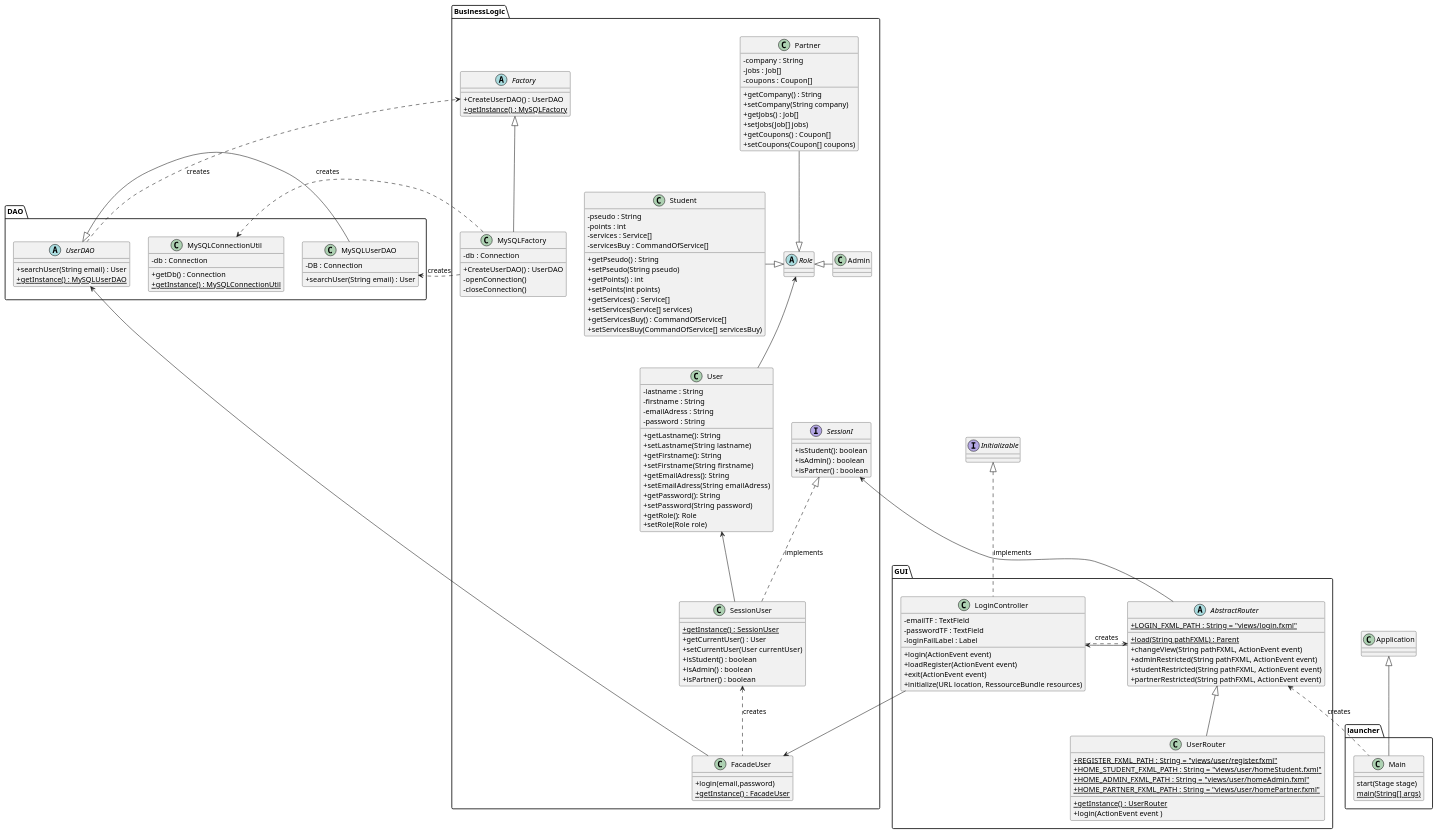
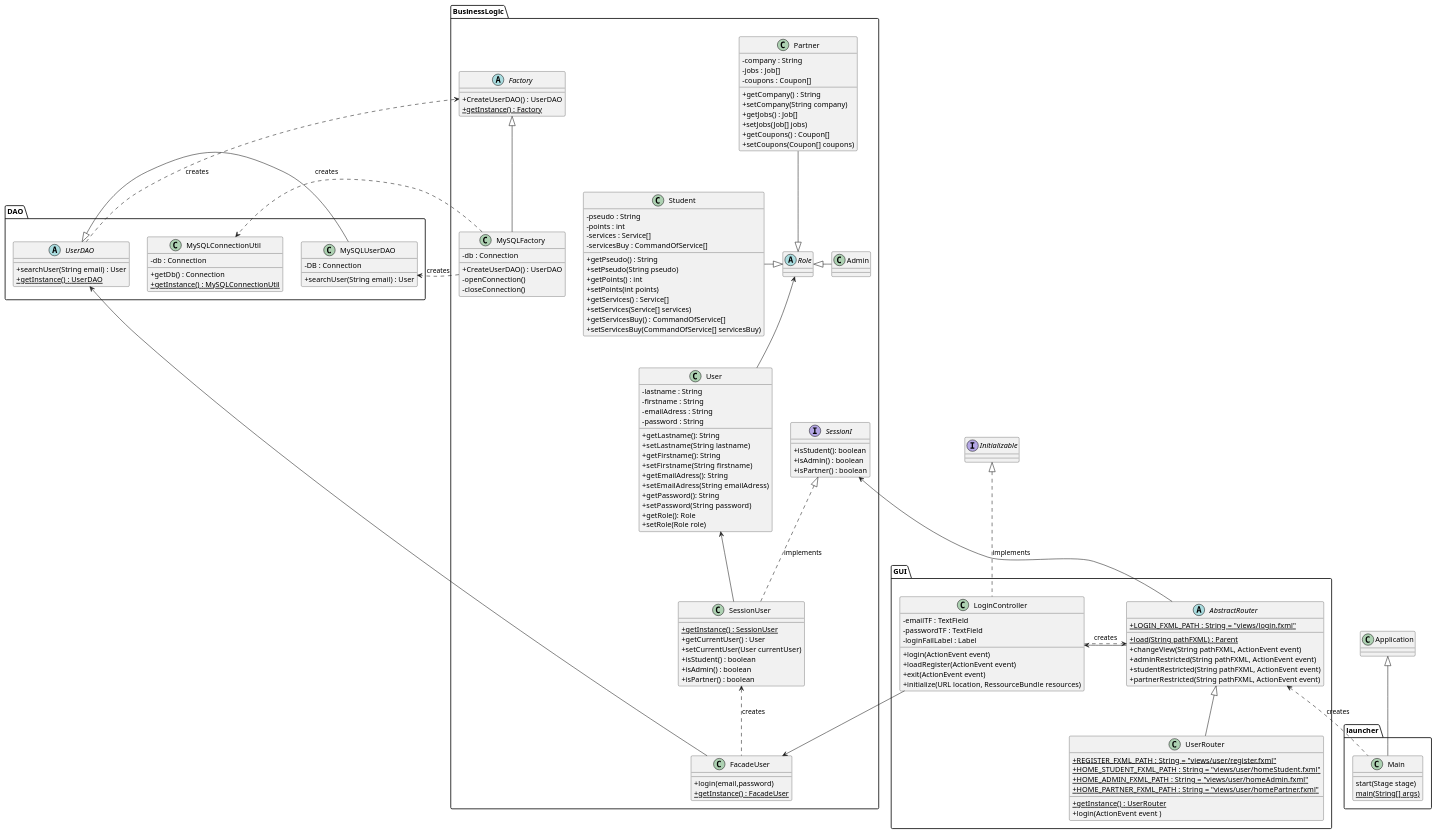
Before and after one commit to guiguie34/StudEasy: the diagram in project_diagrams/classDiagrams/login.puml, drawn with PlantUML. The commit also changed 10 other files, not shown here.

Commit message:
Final fix : class diagrams

```diff
--- a/project_diagrams/classDiagrams/login.puml
+++ b/project_diagrams/classDiagrams/login.puml
@@ -1,173 +1,173 @@
 @startuml
 skinparam classAttributeIconSize 0
 
 class Application
 
 package launcher{
 
     class Main{
         start(Stage stage)
         {static} main(String[] args)
      }
 
     Application <|-- Main
 }
 
 interface Initializable
 
 package GUI{
 
     abstract class AbstractRouter{
         + {static} LOGIN_FXML_PATH : String = "views/login.fxml"
         + {static} load(String pathFXML) : Parent
         + changeView(String pathFXML, ActionEvent event)
         + adminRestricted(String pathFXML, ActionEvent event)
         + studentRestricted(String pathFXML, ActionEvent event)
         + partnerRestricted(String pathFXML, ActionEvent event)
     }
 
     class LoginController{
             - emailTF : TextField
             - passwordTF : TextField
             - loginFailLabel : Label
             + login(ActionEvent event)
             + loadRegister(ActionEvent event)
             + exit(ActionEvent event)
             + initialize(URL location, RessourceBundle resources)
         }
 
     class UserRouter{
         + {static} REGISTER_FXML_PATH : String = "views/user/register.fxml"
         + {static} HOME_STUDENT_FXML_PATH : String = "views/user/homeStudent.fxml"
         + {static} HOME_ADMIN_FXML_PATH : String = "views/user/homeAdmin.fxml"
         + {static} HOME_PARTNER_FXML_PATH : String = "views/user/homePartner.fxml"
         + {static} getInstance() : UserRouter
         + login(ActionEvent event )
     }
 
     Initializable <|.down. LoginController : implements
     AbstractRouter <.. Main : creates
     LoginController <-- AbstractRouter
     AbstractRouter <.left. LoginController : creates
     AbstractRouter <|-- UserRouter
 }
 
 package BusinessLogic{
     class FacadeUser{
         + login(email,password)
         + {static} getInstance() : FacadeUser
     }
 
     class SessionUser{
         + {static} getInstance() : SessionUser
         + getCurrentUser() : User
         + setCurrentUser(User currentUser)
         + isStudent() : boolean
         + isAdmin() : boolean
         + isPartner() : boolean
     }
 
     interface SessionI{
         + isStudent(): boolean
         + isAdmin() : boolean
         + isPartner() : boolean
     }
 
     class User{
         - lastname : String
         - firstname : String
         - emailAdress : String
         - password : String
         + getLastname(): String
         + setLastname(String  lastname)
         + getFirstname(): String
         + setFirstname(String  firstname)
         + getEmailAdress(): String
         + setEmailAdress(String  emailAdress)
         + getPassword(): String
         + setPassword(String  password)
         + getRole(): Role
         + setRole(Role role)
     }
 
     abstract class Role
 
     class Admin
 
     class Student{
         - pseudo : String
         - points : int
         - services : Service[]
         - servicesBuy : CommandOfService[]
         + getPseudo() : String
         + setPseudo(String pseudo)
         + getPoints() : int
         + setPoints(int points)
         + getServices() : Service[]
         + setServices(Service[] services)
         + getServicesBuy() : CommandOfService[]
         + setServicesBuy(CommandOfService[] servicesBuy)
     }
 
     class Partner{
         - company : String
         - jobs : Job[]
         - coupons : Coupon[]
         + getCompany() : String
         + setCompany(String company)
         + getJobs() : Job[]
         + setJobs(Job[] jobs)
         + getCoupons() : Coupon[]
         + setCoupons(Coupon[] coupons)
     }
 
     abstract class Factory{
         + CreateUserDAO() : UserDAO
-        + {static} getInstance() : MySQLFactory
+        + {static} getInstance() : Factory
     }
 
     class MySQLFactory{
         - db : Connection
         + CreateUserDAO() : UserDAO
         - openConnection()
         - closeConnection()
     }
 
     Role <|-left Student
     Role <|-right Admin
     Role <|--up Partner
     Role <-- User
     User <-- SessionUser
     SessionI <|.. SessionUser : implements
     SessionI <-- AbstractRouter
     SessionUser <.. FacadeUser : creates
     Factory <|-- MySQLFactory
     FacadeUser <-up- LoginController
 }
 
 package DAO{
     abstract class UserDAO{
         + searchUser(String email) : User
-        + {static} getInstance() : MySQLUserDAO
+        + {static} getInstance() : UserDAO
     }
 
     class MySQLUserDAO{
         - DB : Connection
         + searchUser(String email) : User
     }
 
     class MySQLConnectionUtil{
         - db : Connection
         + getDb() : Connection
         + {static} getInstance() : MySQLConnectionUtil
     }
 
     UserDAO <|- MySQLUserDAO
     UserDAO <-- FacadeUser
     UserDAO ..> Factory : creates
 
     MySQLUserDAO <.left. MySQLFactory : creates
     MySQLConnectionUtil <.left. MySQLFactory : creates
 }
 
 @enduml
```
